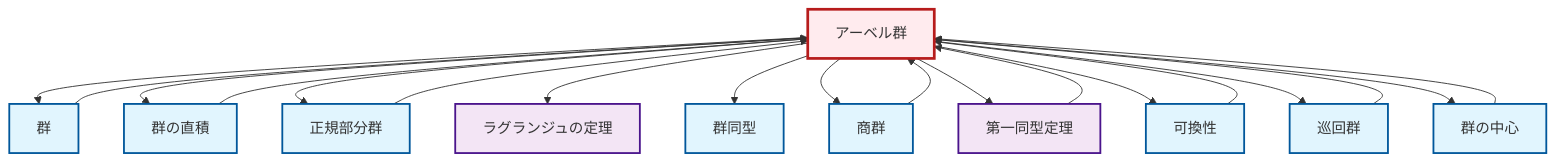
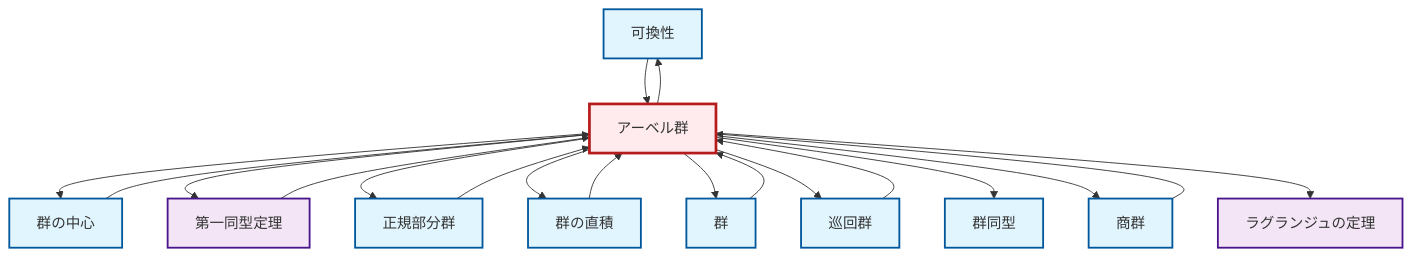
The diagram in output/mermaid/ja/def-abelian-group.mermaid (RK0429/ModernMath), drawn with Mermaid before and after one commit. The commit also changed other lines of this file and 3153 other files, not shown here.

```diff
--- a/output/mermaid/ja/def-abelian-group.mermaid
+++ b/output/mermaid/ja/def-abelian-group.mermaid
@@ -1,36 +1,36 @@
 graph TD
     classDef definition fill:#e1f5fe,stroke:#01579b,stroke-width:2px
     classDef theorem fill:#f3e5f5,stroke:#4a148c,stroke-width:2px
     classDef axiom fill:#fff3e0,stroke:#e65100,stroke-width:2px
     classDef example fill:#e8f5e9,stroke:#1b5e20,stroke-width:2px
     classDef current fill:#ffebee,stroke:#b71c1c,stroke-width:3px
+    def-commutativity["可換性"]:::definition
+    def-direct-product["群の直積"]:::definition
+    def-center-of-group["群の中心"]:::definition
+    thm-first-isomorphism["第一同型定理"]:::theorem
+    def-group["群"]:::definition
     def-isomorphism["群同型"]:::definition
+    def-quotient-group["商群"]:::definition
     def-abelian-group["アーベル群"]:::definition
     thm-lagrange["ラグランジュの定理"]:::theorem
-    def-direct-product["群の直積"]:::definition
-    thm-first-isomorphism["第一同型定理"]:::theorem
+    def-cyclic-group["巡回群"]:::definition
     def-normal-subgroup["正規部分群"]:::definition
-    def-cyclic-group["巡回群"]:::definition
-    def-group["群"]:::definition
-    def-commutativity["可換性"]:::definition
-    def-quotient-group["商群"]:::definition
-    def-center-of-group["群の中心"]:::definition
-    def-normal-subgroup --> def-abelian-group
-    def-cyclic-group --> def-abelian-group
-    def-abelian-group --> def-group
-    def-abelian-group --> def-direct-product
-    def-abelian-group --> def-normal-subgroup
-    def-abelian-group --> thm-lagrange
-    def-center-of-group --> def-abelian-group
-    def-abelian-group --> def-isomorphism
-    def-abelian-group --> def-quotient-group
+    def-abelian-group --> def-commutativity
+    def-abelian-group --> def-center-of-group
     def-abelian-group --> thm-first-isomorphism
-    def-group --> def-abelian-group
-    def-abelian-group --> def-commutativity
     def-quotient-group --> def-abelian-group
     def-direct-product --> def-abelian-group
+    def-commutativity --> def-abelian-group
     thm-first-isomorphism --> def-abelian-group
+    def-abelian-group --> def-normal-subgroup
+    def-abelian-group --> def-direct-product
+    def-abelian-group --> def-group
+    def-cyclic-group --> def-abelian-group
     def-abelian-group --> def-cyclic-group
-    def-commutativity --> def-abelian-group
-    def-abelian-group --> def-center-of-group
+    def-abelian-group --> def-isomorphism
+    def-center-of-group --> def-abelian-group
+    def-group --> def-abelian-group
+    def-abelian-group --> def-quotient-group
+    def-normal-subgroup --> def-abelian-group
+    def-abelian-group --> thm-lagrange
     class def-abelian-group current
```
